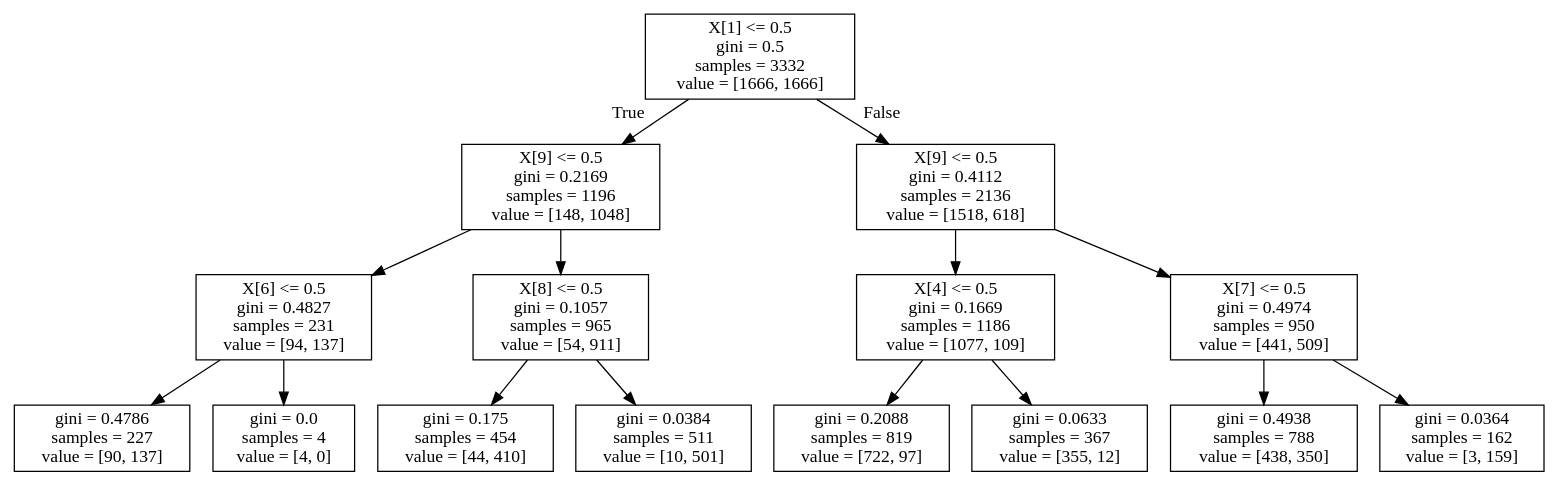
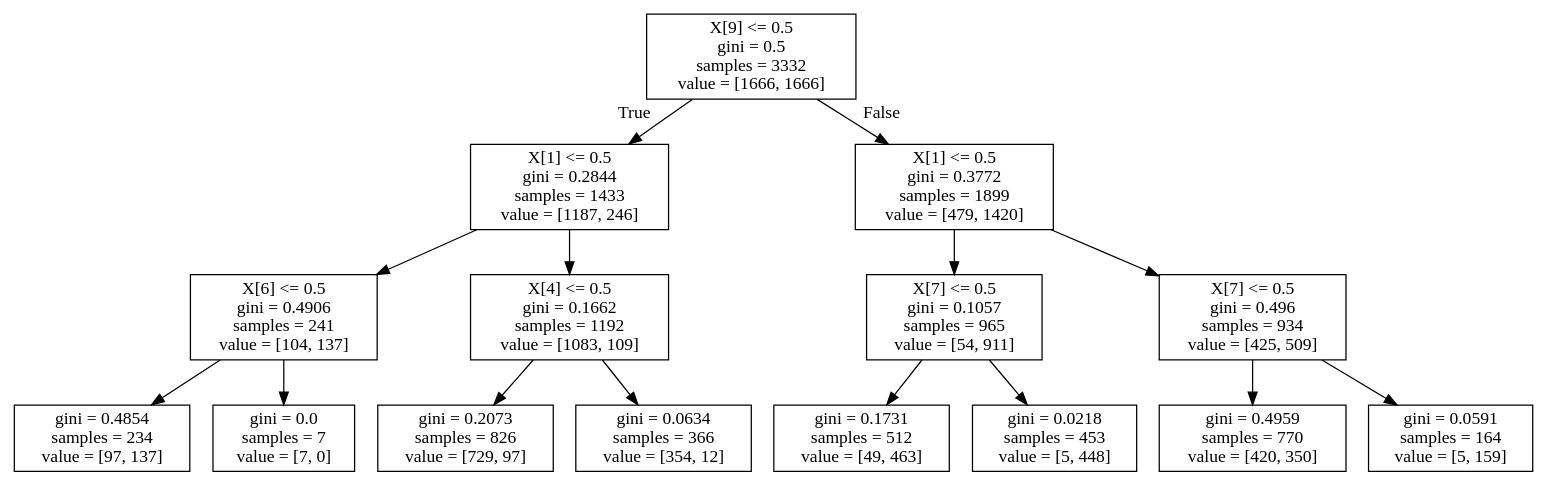
The diagram in yelp_dataset/dt_graphic_representation/DT_undersampled.dot (phinch/Rotten-Potatoes), drawn with Graphviz before and after one commit.

```diff
--- a/yelp_dataset/dt_graphic_representation/DT_undersampled.dot
+++ b/yelp_dataset/dt_graphic_representation/DT_undersampled.dot
@@ -1,32 +1,32 @@
 digraph Tree {
 node [shape=box] ;
-0 [label="X[1] <= 0.5\ngini = 0.5\nsamples = 3332\nvalue = [1666, 1666]"] ;
-1 [label="X[9] <= 0.5\ngini = 0.2169\nsamples = 1196\nvalue = [148, 1048]"] ;
+0 [label="X[9] <= 0.5\ngini = 0.5\nsamples = 3332\nvalue = [1666, 1666]"] ;
+1 [label="X[1] <= 0.5\ngini = 0.2844\nsamples = 1433\nvalue = [1187, 246]"] ;
 0 -> 1 [labeldistance=2.5, labelangle=45, headlabel="True"] ;
-2 [label="X[6] <= 0.5\ngini = 0.4827\nsamples = 231\nvalue = [94, 137]"] ;
+2 [label="X[6] <= 0.5\ngini = 0.4906\nsamples = 241\nvalue = [104, 137]"] ;
 1 -> 2 ;
-3 [label="gini = 0.4786\nsamples = 227\nvalue = [90, 137]"] ;
+3 [label="gini = 0.4854\nsamples = 234\nvalue = [97, 137]"] ;
 2 -> 3 ;
-4 [label="gini = 0.0\nsamples = 4\nvalue = [4, 0]"] ;
+4 [label="gini = 0.0\nsamples = 7\nvalue = [7, 0]"] ;
 2 -> 4 ;
-5 [label="X[8] <= 0.5\ngini = 0.1057\nsamples = 965\nvalue = [54, 911]"] ;
+5 [label="X[4] <= 0.5\ngini = 0.1662\nsamples = 1192\nvalue = [1083, 109]"] ;
 1 -> 5 ;
-6 [label="gini = 0.175\nsamples = 454\nvalue = [44, 410]"] ;
+6 [label="gini = 0.2073\nsamples = 826\nvalue = [729, 97]"] ;
 5 -> 6 ;
-7 [label="gini = 0.0384\nsamples = 511\nvalue = [10, 501]"] ;
+7 [label="gini = 0.0634\nsamples = 366\nvalue = [354, 12]"] ;
 5 -> 7 ;
-8 [label="X[9] <= 0.5\ngini = 0.4112\nsamples = 2136\nvalue = [1518, 618]"] ;
+8 [label="X[1] <= 0.5\ngini = 0.3772\nsamples = 1899\nvalue = [479, 1420]"] ;
 0 -> 8 [labeldistance=2.5, labelangle=-45, headlabel="False"] ;
-9 [label="X[4] <= 0.5\ngini = 0.1669\nsamples = 1186\nvalue = [1077, 109]"] ;
+9 [label="X[7] <= 0.5\ngini = 0.1057\nsamples = 965\nvalue = [54, 911]"] ;
 8 -> 9 ;
-10 [label="gini = 0.2088\nsamples = 819\nvalue = [722, 97]"] ;
+10 [label="gini = 0.1731\nsamples = 512\nvalue = [49, 463]"] ;
 9 -> 10 ;
-11 [label="gini = 0.0633\nsamples = 367\nvalue = [355, 12]"] ;
+11 [label="gini = 0.0218\nsamples = 453\nvalue = [5, 448]"] ;
 9 -> 11 ;
-12 [label="X[7] <= 0.5\ngini = 0.4974\nsamples = 950\nvalue = [441, 509]"] ;
+12 [label="X[7] <= 0.5\ngini = 0.496\nsamples = 934\nvalue = [425, 509]"] ;
 8 -> 12 ;
-13 [label="gini = 0.4938\nsamples = 788\nvalue = [438, 350]"] ;
+13 [label="gini = 0.4959\nsamples = 770\nvalue = [420, 350]"] ;
 12 -> 13 ;
-14 [label="gini = 0.0364\nsamples = 162\nvalue = [3, 159]"] ;
+14 [label="gini = 0.0591\nsamples = 164\nvalue = [5, 159]"] ;
 12 -> 14 ;
 }
```
